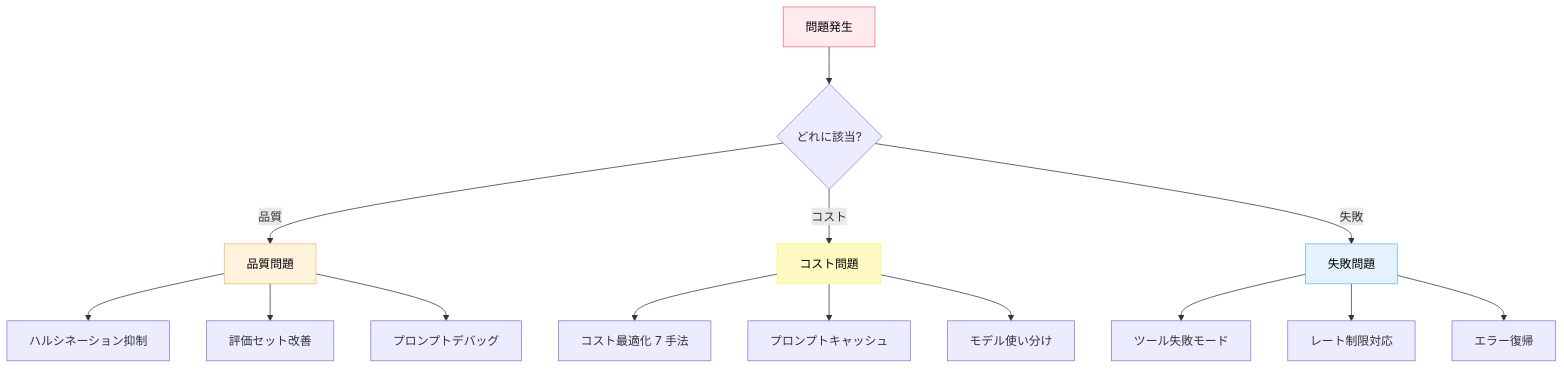
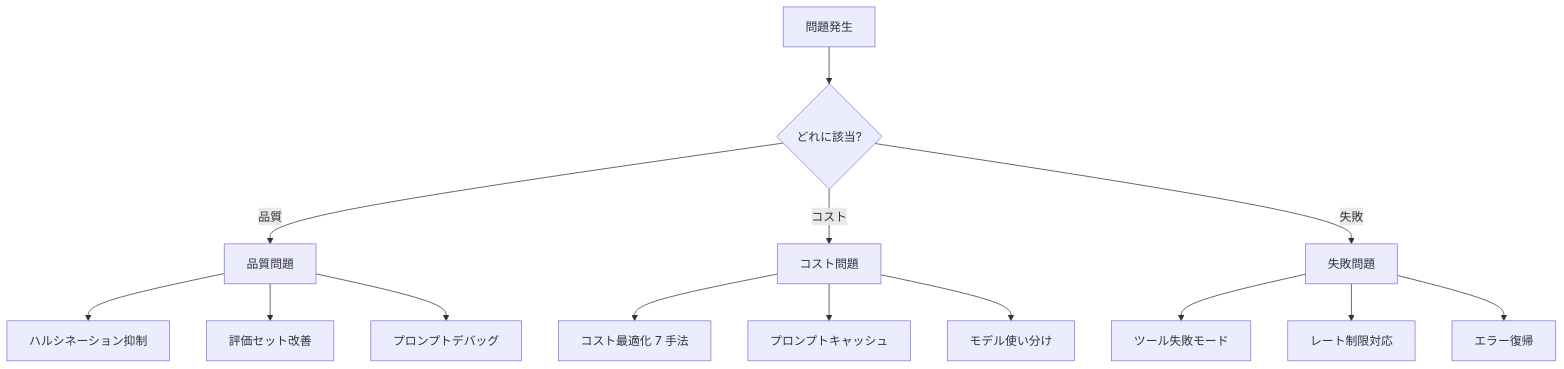
Before and after one commit to dinekt/dinekt-wiki: the third of 3 diagrams in docs/map.md, drawn with Mermaid. The commit also changed other lines of this file and 70 other files, not shown here.

First line of the commit message:
fix(mermaid): strip all inline styling, rely on theme

````diff
--- a/docs/map.md
+++ b/docs/map.md
@@ -90,24 +85,20 @@
 ```mermaid
 flowchart TD
     T[問題発生] --> I{どれに該当?}
     I -->|品質| Q[品質問題]
     I -->|コスト| C[コスト問題]
     I -->|失敗| F[失敗問題]
 
     Q --> Q1[ハルシネーション抑制]
     Q --> Q2[評価セット改善]
     Q --> Q3[プロンプトデバッグ]
 
     C --> C1[コスト最適化 7 手法]
     C --> C2[プロンプトキャッシュ]
     C --> C3[モデル使い分け]
 
     F --> F1[ツール失敗モード]
     F --> F2[レート制限対応]
     F --> F3[エラー復帰]
 
-    style T fill:#ffebee,stroke:#e57373,color:#000
-    style Q fill:#fff3e0,stroke:#ffb74d,color:#000
-    style C fill:#fff9c4,stroke:#fff176,color:#000
-    style F fill:#e3f2fd,stroke:#64b5f6,color:#000
 ```
````
